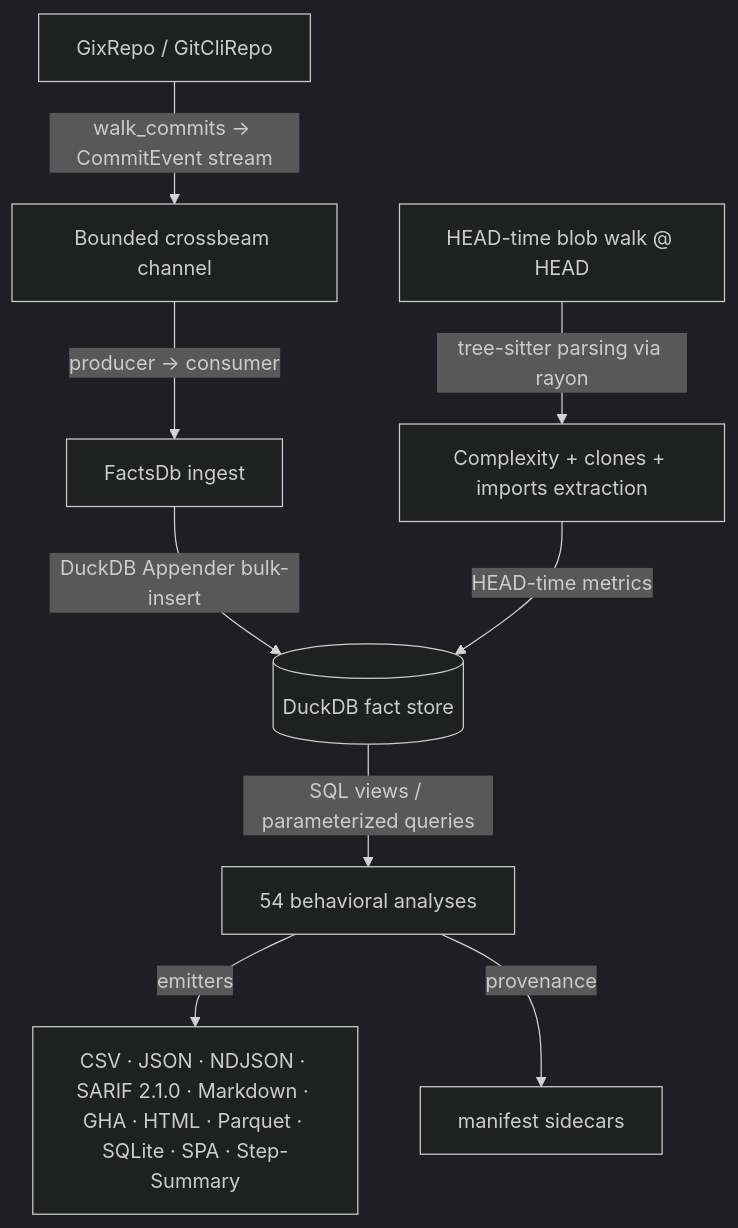
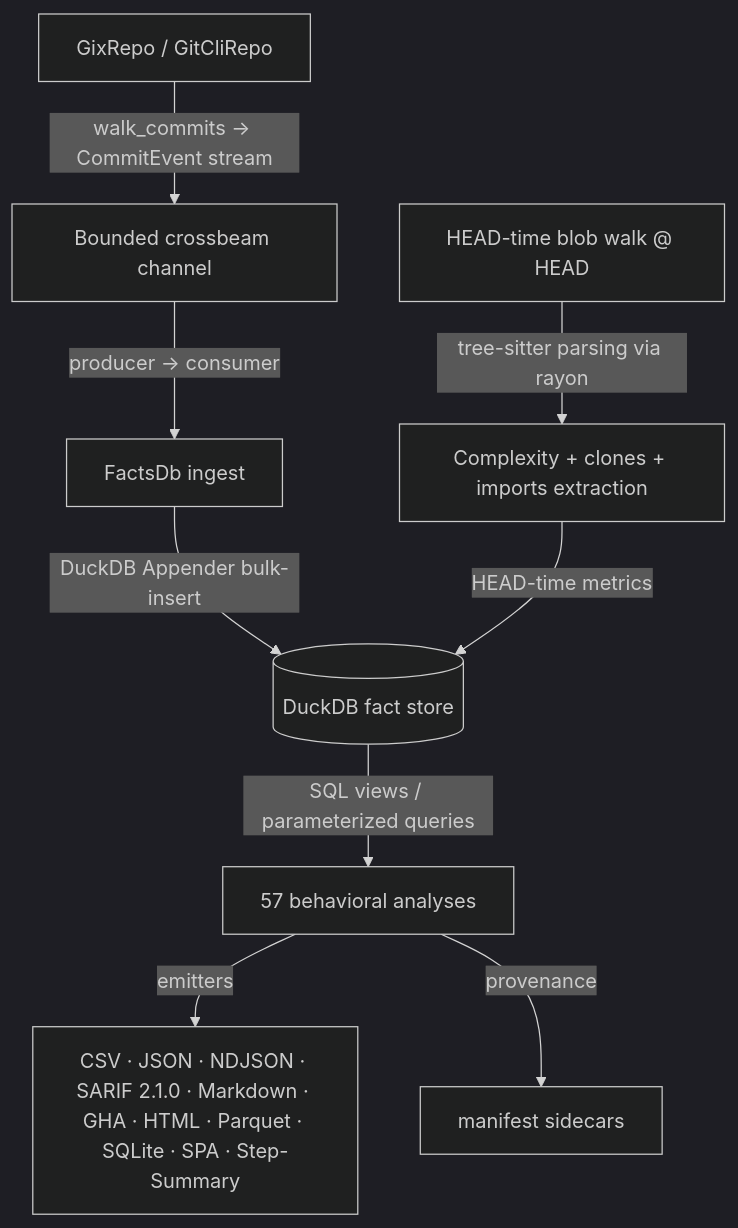
One commit to emrecdr/codelore changed the diagram in docs/codebase_analysis.md. Above: the diagram before and after it, drawn with Mermaid (dark theme). The commit also changed 7 other files, not shown here.

````diff
--- a/docs/codebase_analysis.md
+++ b/docs/codebase_analysis.md
@@ -29,11 +29,11 @@
 ```mermaid
 graph TD
     A[GixRepo / GitCliRepo] -->|walk_commits → CommitEvent stream| B[Bounded crossbeam channel]
     B -->|producer → consumer| C[FactsDb ingest]
     C -->|DuckDB Appender bulk-insert| D[(DuckDB fact store)]
     E[HEAD-time blob walk @ HEAD] -->|tree-sitter parsing via rayon| F[Complexity + clones + imports extraction]
     F -->|HEAD-time metrics| D
-    D -->|SQL views / parameterized queries| G[54 behavioral analyses]
+    D -->|SQL views / parameterized queries| G[57 behavioral analyses]
     G -->|emitters| H[CSV · JSON · NDJSON · SARIF 2.1.0 · Markdown · GHA · HTML · Parquet · SQLite · SPA · Step-Summary]
     G -->|provenance| I[manifest sidecars]
 ```
````
